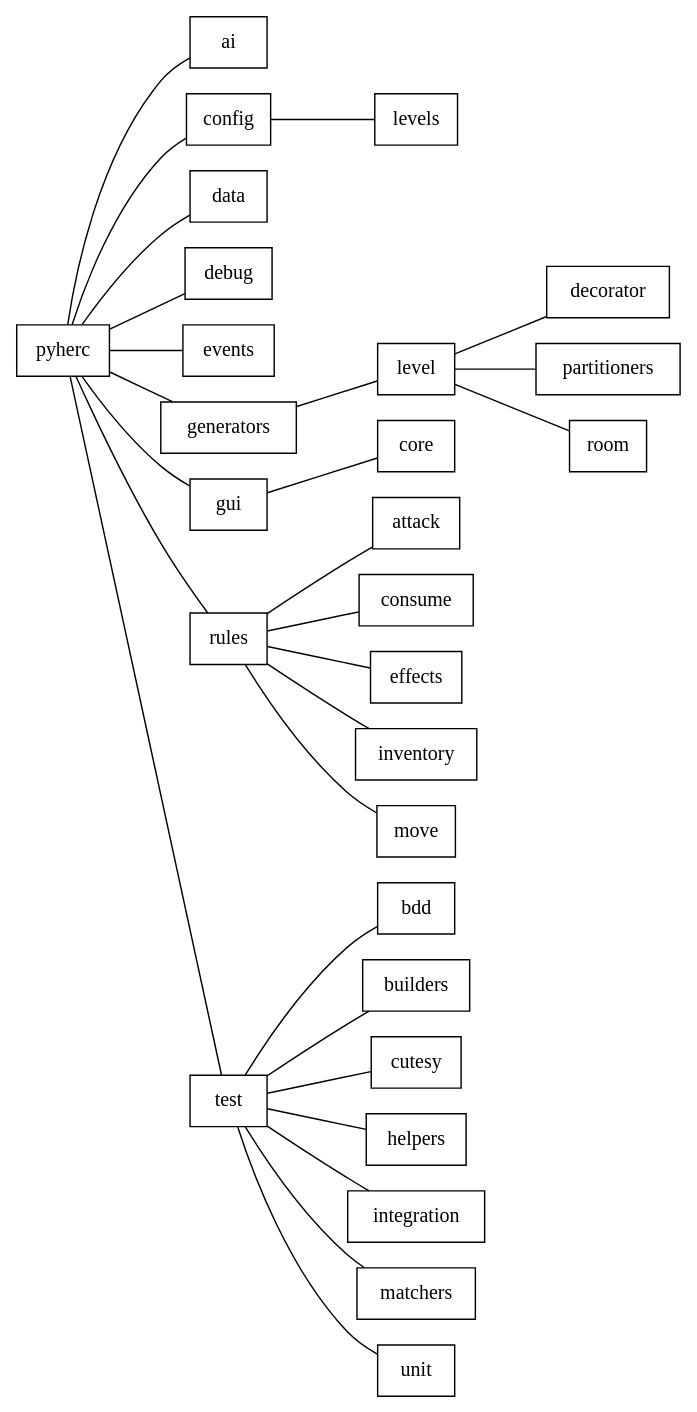
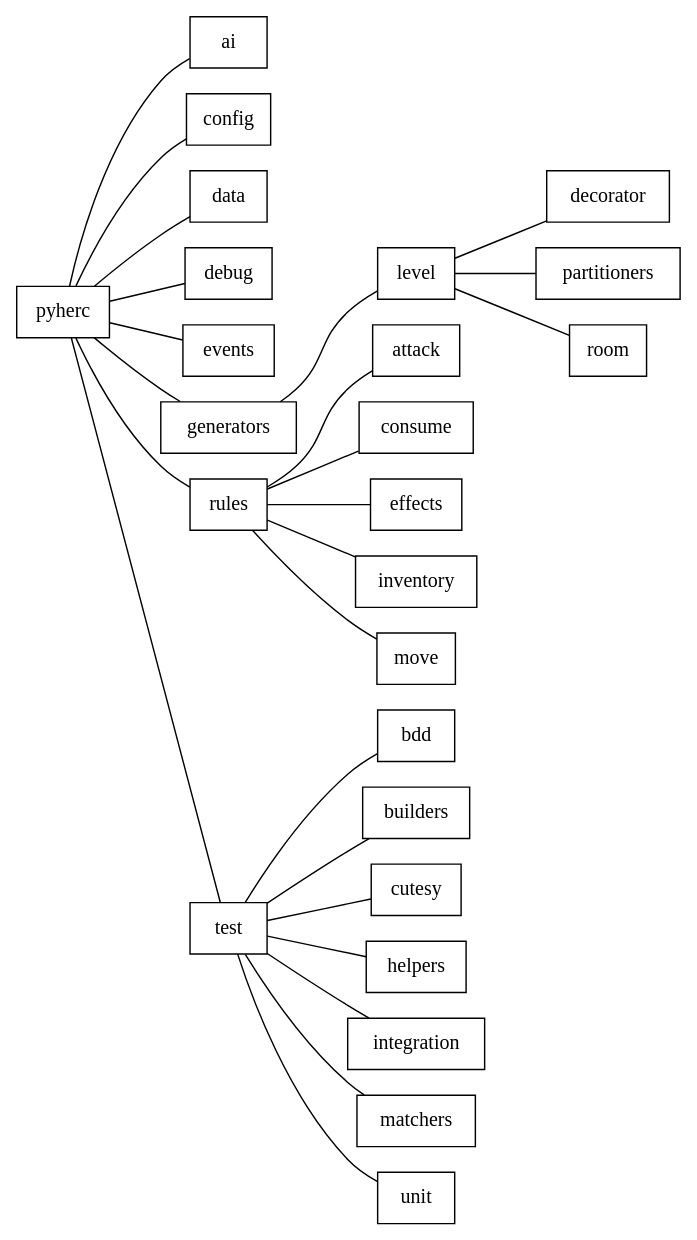
Before and after one commit to tuturto/pyherc: the diagram in doc/api/source/module_descriptions.rst, drawn with Graphviz. The commit also changed other lines of this file and 125 other files, not shown here.

```diff
--- a/doc/api/source/module_descriptions.rst
+++ b/doc/api/source/module_descriptions.rst
@@ -6,57 +6,53 @@
 .. graphviz:: 
 
     digraph hierarchy {        
         rankdir=LR
         node[shape=box]
         edge[dir=forward, arrowtail=empty, arrowhead=none]
         pyherc
         ai
         config
-        config_levels[label="levels"]
         data
         debug
         events
         generators
         generators_level[label="level"]
         generators_level_decorator[label="decorator"]
         generators_level_partitioners[label="partitioners"]
         generators_level_room[label="room"]
-        gui
-        gui_core[label="core"]
         rules
         rules_attack[label="attack"]
         rules_consume[label="consume"]
         rules_effects[label="effects"]
         rules_inventory[label="inventory"]
         rules_move[label="move"]
         test
         test_bdd[label="bdd"]
         test_builders[label="builders"]
         test_cutesy[label="cutesy"]
         test_helpers[label="helpers"]
         test_integration[label="integration"]
         test_matchers[label="matchers"]
         test_unit[label="unit"]
 
         pyherc->ai
-        pyherc->config->config_levels        
+        pyherc->config
         pyherc->data
         pyherc->debug
         pyherc->events
         pyherc->generators->generators_level->generators_level_decorator
         generators_level->generators_level_partitioners
         generators_level->generators_level_room
-        pyherc->gui->gui_core
         pyherc->rules->rules_attack
         rules->rules_consume
         rules->rules_effects
         rules->rules_inventory
         rules->rules_move
         pyherc->test->test_bdd
         test->test_builders
         test->test_cutesy
         test->test_helpers
         test->test_integration
         test->test_matchers
         test->test_unit
     }
```
